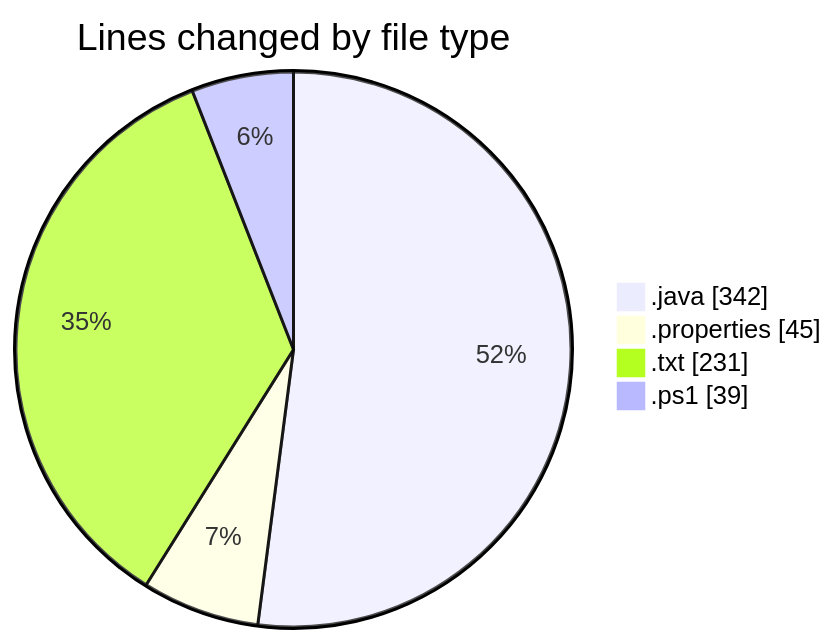
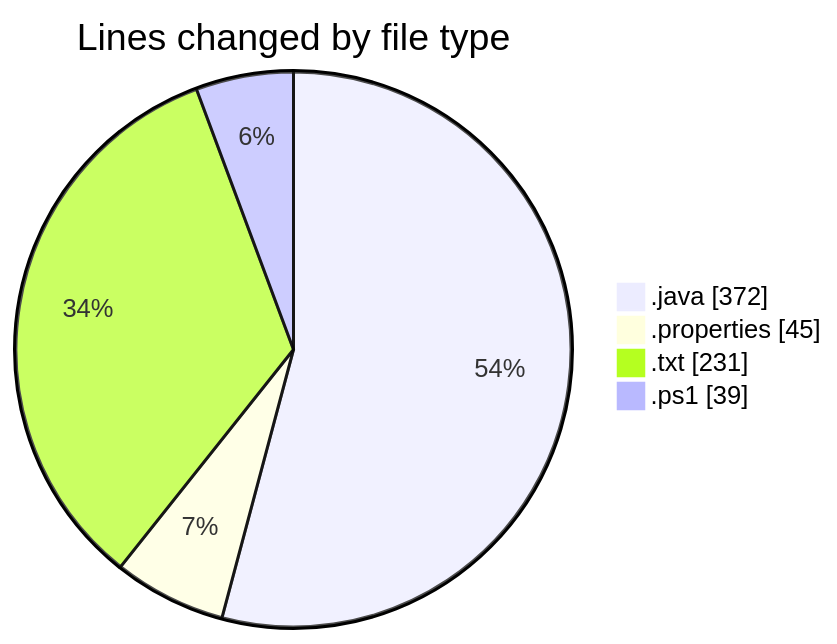
The first of 2 diagrams in 2026-03-03/cilapp/README.md (ricardozamudiocil/code-tracking), drawn with Mermaid before and after one commit. The commit also changed other lines of this file and 1 other file, not shown here.

````diff
--- a/2026-03-03/cilapp/README.md
+++ b/2026-03-03/cilapp/README.md
@@ -24,8 +24,8 @@
 ```mermaid
 pie showData
 title Lines changed by file type
-".java" : 342
+".java" : 372
 ".properties" : 45
 ".txt" : 231
 ".ps1" : 39
 ```
````
